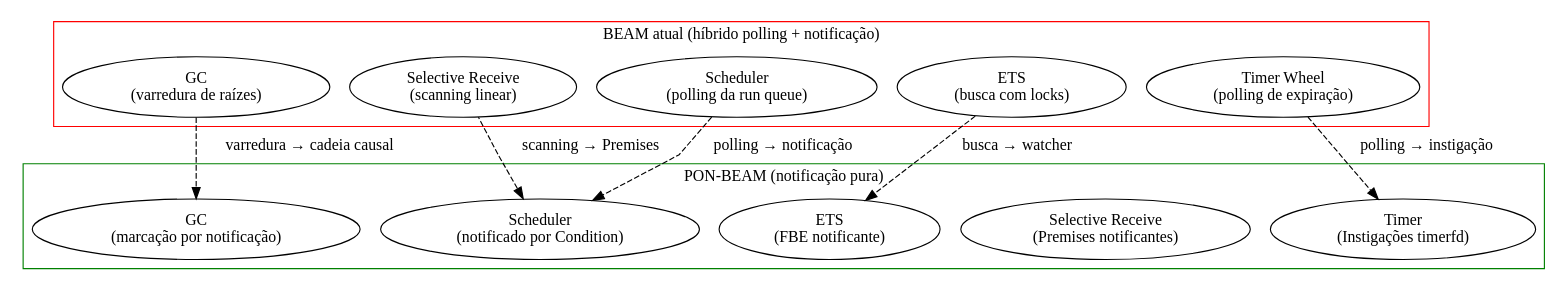
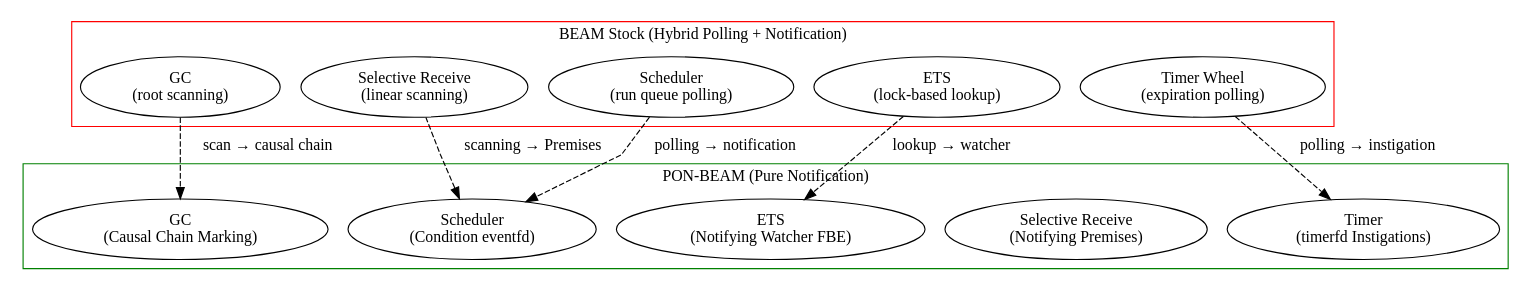
The diagram in book/src/chapters/03-visao-geral.md (matheuscamarques/pon_beam), drawn with Graphviz before and after one commit. The commit also changed other lines of this file and 45 other files, not shown here.

````diff
--- a/book/src/chapters/03-visao-geral.md
+++ b/book/src/chapters/03-visao-geral.md
@@ -20,26 +29,26 @@
 ```dot
 digraph pon_beam_overview {
   rankdir=TB; splines=polyline;
   subgraph cluster_actual {
-    label="BEAM atual (híbrido polling + notificação)"; color=red;
-    "Scheduler" [label="Scheduler\n(polling da run queue)"]
-    "Selective Receive" [label="Selective Receive\n(scanning linear)"]
-    "GC" [label="GC\n(varredura de raízes)"]
-    "ETS" [label="ETS\n(busca com locks)"]
-    "Timer" [label="Timer Wheel\n(polling de expiração)"]
+    label="BEAM Stock (Hybrid Polling + Notification)"; color=red;
+    "Scheduler" [label="Scheduler\n(run queue polling)"]
+    "Selective Receive" [label="Selective Receive\n(linear scanning)"]
+    "GC" [label="GC\n(root scanning)"]
+    "ETS" [label="ETS\n(lock-based lookup)"]
+    "Timer" [label="Timer Wheel\n(expiration polling)"]
   }
   subgraph cluster_pon {
-    label="PON-BEAM (notificação pura)"; color=green;
-    "Sched-PON" [label="Scheduler\n(notificado por Condition)"]
-    "Recv-PON" [label="Selective Receive\n(Premises notificantes)"]
-    "GC-PON" [label="GC\n(marcação por notificação)"]
-    "ETS-PON" [label="ETS\n(FBE notificante)"]
-    "Timer-PON" [label="Timer\n(Instigações timerfd)"]
+    label="PON-BEAM (Pure Notification)"; color=green;
+    "Sched-PON" [label="Scheduler\n(Condition eventfd)"]
+    "Recv-PON" [label="Selective Receive\n(Notifying Premises)"]
+    "GC-PON" [label="GC\n(Causal Chain Marking)"]
+    "ETS-PON" [label="ETS\n(Notifying Watcher FBE)"]
+    "Timer-PON" [label="Timer\n(timerfd Instigations)"]
   }
-  "Scheduler" -> "Sched-PON" [style=dashed, label="  polling → notificação"]
+  "Scheduler" -> "Sched-PON" [style=dashed, label="  polling → notification"]
   "Sched-PON" -> "Selective Receive" [style=dashed, label="  scanning → Premises" dir=back]
-  "GC" -> "GC-PON" [style=dashed, label="  varredura → cadeia causal"]
-  "ETS" -> "ETS-PON" [style=dashed, label="  busca → watcher"]
-  "Timer" -> "Timer-PON" [style=dashed, label="  polling → instigação"]
+  "GC" -> "GC-PON" [style=dashed, label="  scan → causal chain"]
+  "ETS" -> "ETS-PON" [style=dashed, label="  lookup → watcher"]
+  "Timer" -> "Timer-PON" [style=dashed, label="  polling → instigation"]
 }
 ```
````
